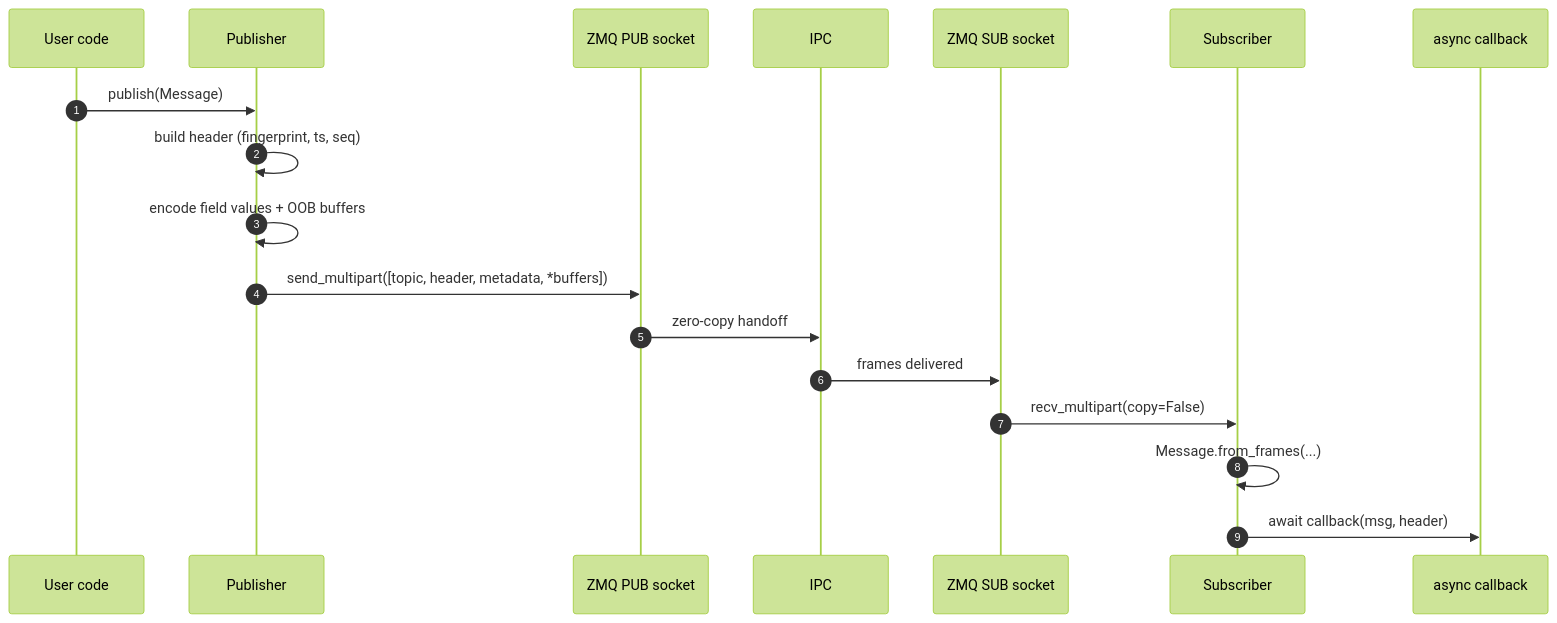
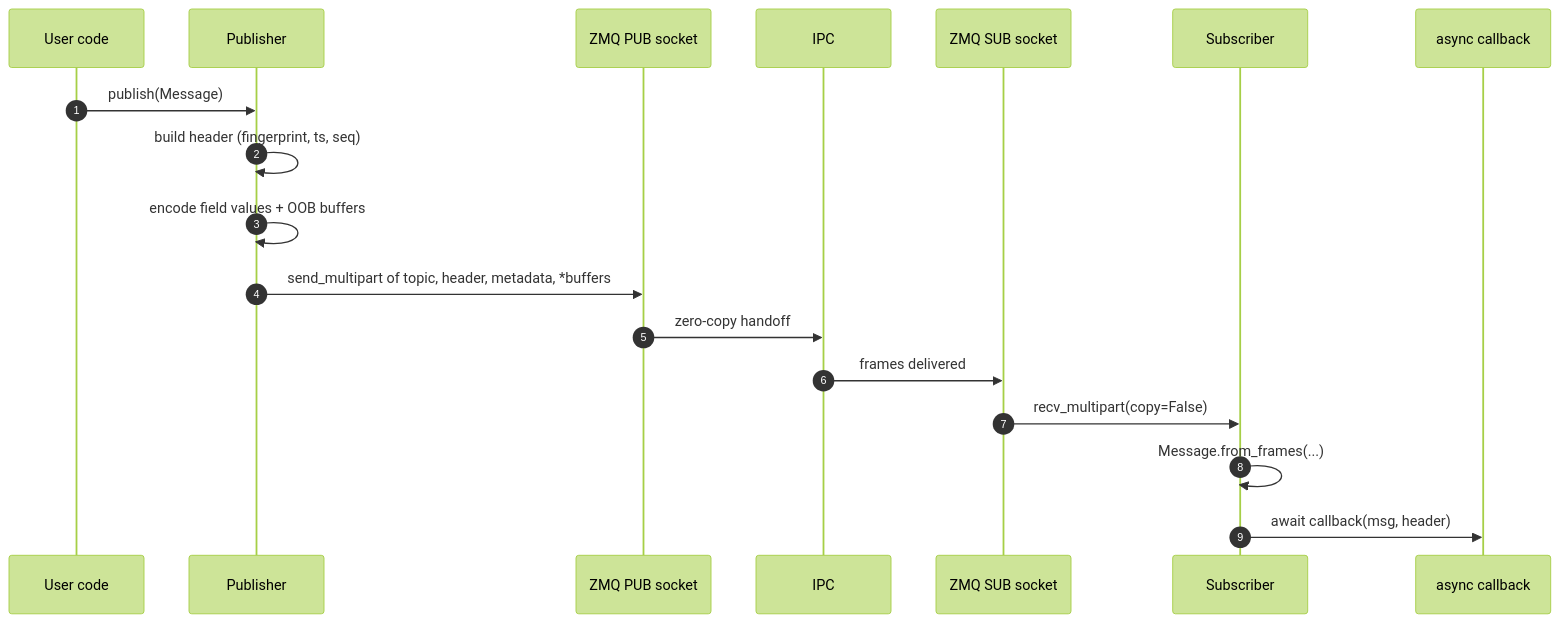
Before and after one commit to sudoRicheek/cortex: the second of 3 diagrams in docs/concepts/architecture.md, drawn with Mermaid (forest theme). The commit also changed other lines of this file and 7 other files, not shown here.

````diff
--- a/docs/concepts/architecture.md
+++ b/docs/concepts/architecture.md
@@ -32,21 +32,21 @@
 ```mermaid
 sequenceDiagram
     autonumber
     participant User as User code
     participant Pub as Publisher
     participant Sock as ZMQ PUB socket
     participant Net as IPC
     participant SSock as ZMQ SUB socket
     participant Sub as Subscriber
     participant CB as async callback
 
     User->>Pub: publish(Message)
     Pub->>Pub: build header (fingerprint, ts, seq)
     Pub->>Pub: encode field values + OOB buffers
-    Pub->>Sock: send_multipart([topic, header, metadata, *buffers])
+    Pub->>Sock: send_multipart of topic, header, metadata, *buffers
     Sock->>Net: zero-copy handoff
     Net->>SSock: frames delivered
     SSock->>Sub: recv_multipart(copy=False)
     Sub->>Sub: Message.from_frames(...)
     Sub->>CB: await callback(msg, header)
 ```
````
